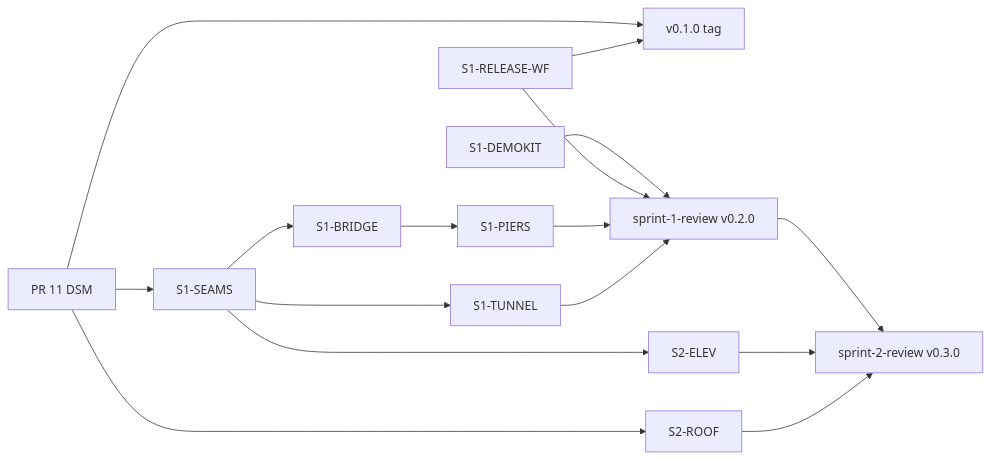
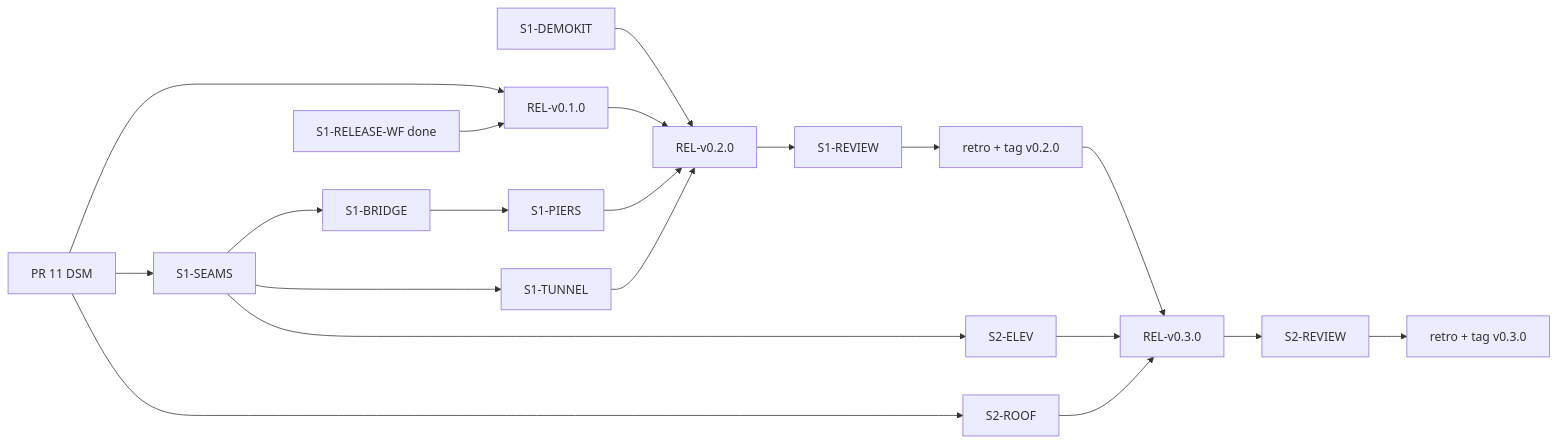
The diagram in design/roadmap.md (lingshf/map-builder), drawn with Mermaid before and after one commit. The commit also changed other lines of this file and 12 other files, not shown here.

Commit message:
Design: agile-ai-team sprint close (REL + review), DoD, D25-D29 (#15)

````diff
--- a/design/roadmap.md
+++ b/design/roadmap.md
@@ -57,18 +58,20 @@
 ```mermaid
 flowchart LR
-  PR11[PR 11 DSM] --> V010[v0.1.0 tag]
-  RWF[S1-RELEASE-WF] --> V010
+  PR11[PR 11 DSM] --> V010[REL-v0.1.0]
+  RWF[S1-RELEASE-WF done] --> V010
   PR11 --> SEAMS[S1-SEAMS]
   PR11 --> ROOF[S2-ROOF]
   SEAMS --> BRIDGE[S1-BRIDGE]
   SEAMS --> TUNNEL[S1-TUNNEL]
   SEAMS --> ELEV[S2-ELEV]
   BRIDGE --> PIERS[S1-PIERS]
-  DEMO[S1-DEMOKIT] --> R1[sprint-1-review v0.2.0]
-  RWF --> R1
+  DEMO[S1-DEMOKIT] --> R1[REL-v0.2.0]
+  V010 --> R1
   PIERS --> R1
   TUNNEL --> R1
-  R1 --> R2[sprint-2-review v0.3.0]
+  R1 --> SR1[S1-REVIEW] --> T1[retro + tag v0.2.0]
+  T1 --> R2[REL-v0.3.0]
   ELEV --> R2
   ROOF --> R2
+  R2 --> SR2[S2-REVIEW] --> T2[retro + tag v0.3.0]
 ```
````
